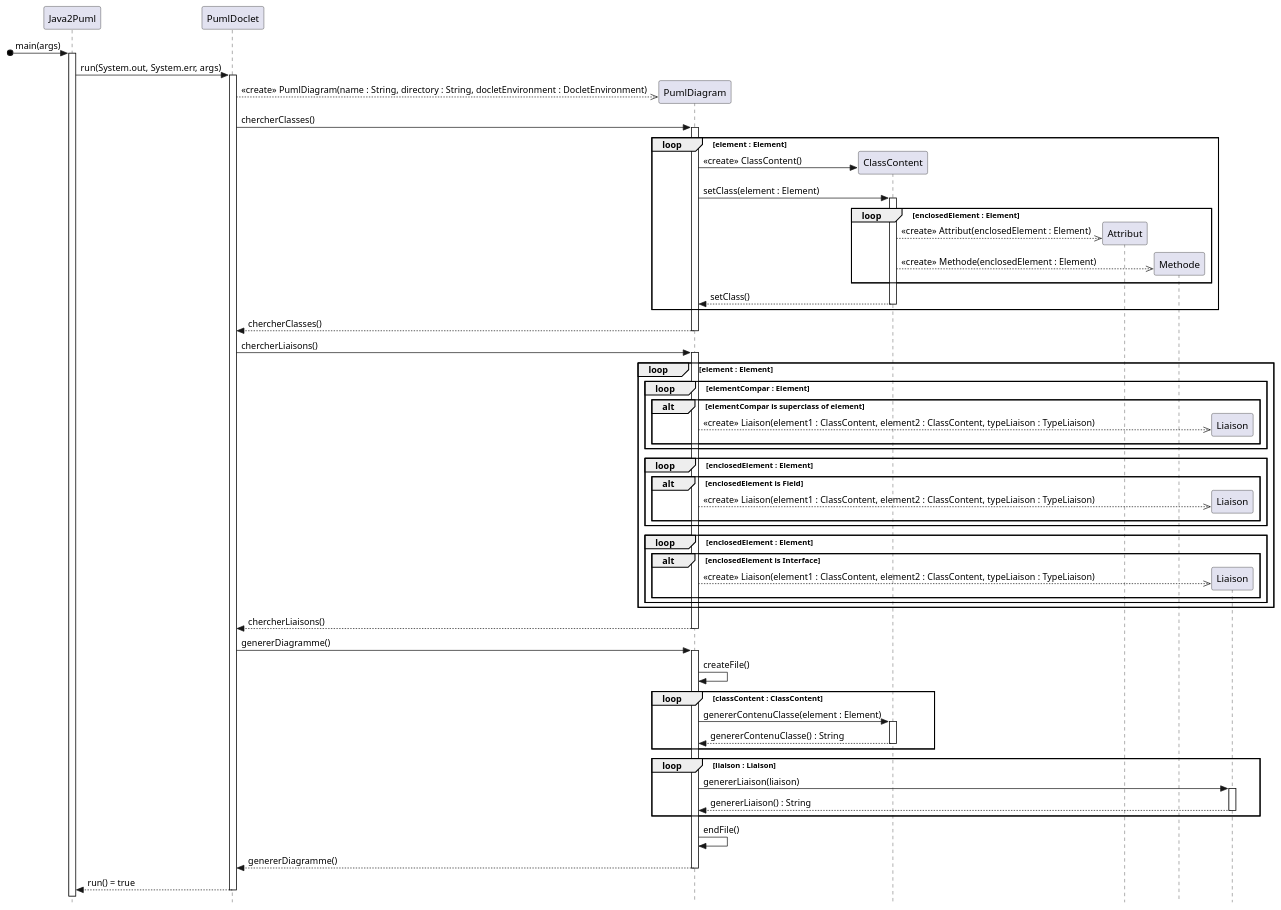
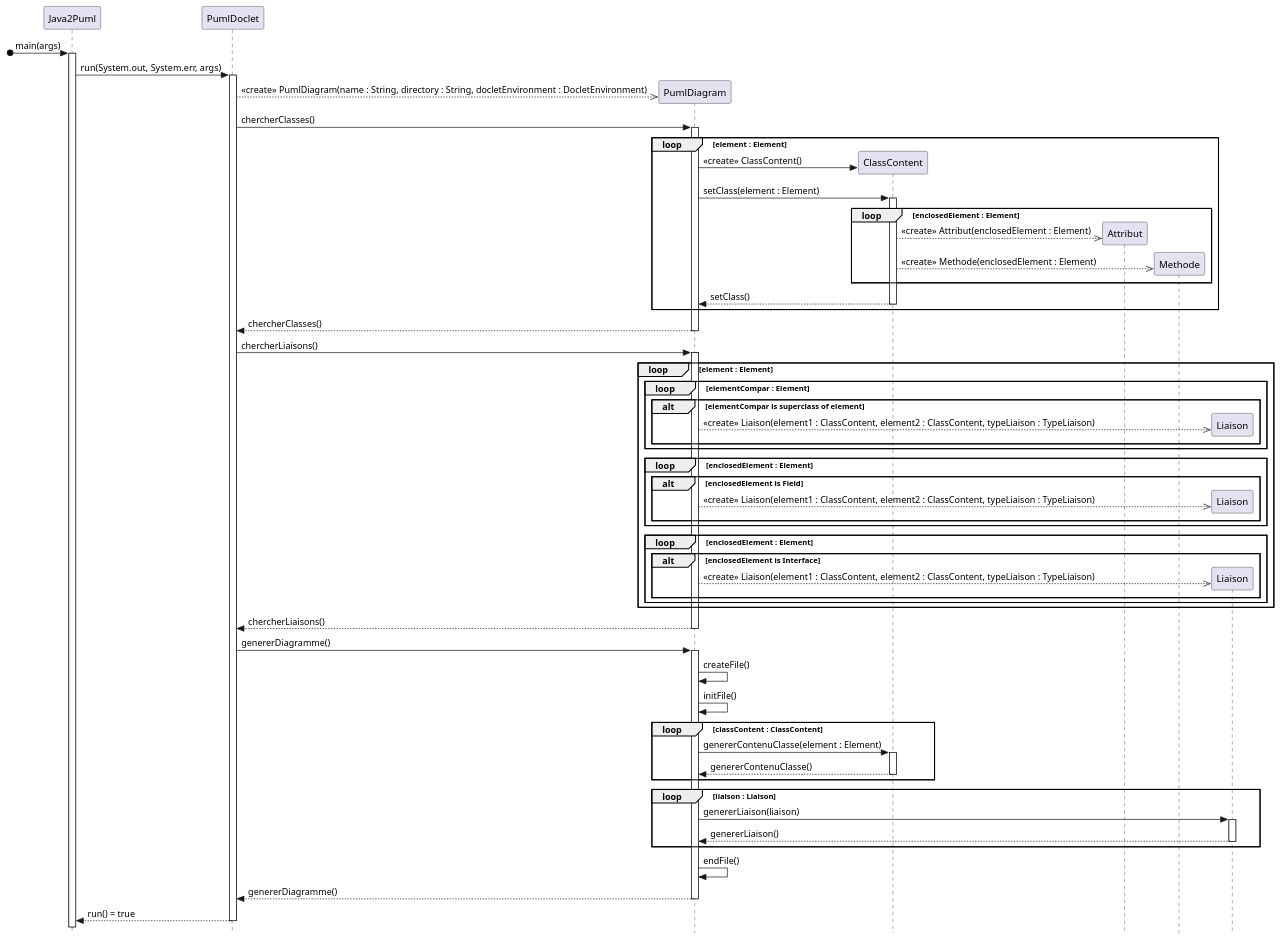
One commit to DimToups/Java-to-PUML-converter changed the diagram in uml/pumlFromJavaDS.puml. Above: the diagram before and after it, drawn with PlantUML. The commit also changed 1 other file, not shown here.

Commit message:
[Restructuration] Finalisation de la classe PumlDiagram

```diff
--- a/uml/pumlFromJavaDS.puml
+++ b/uml/pumlFromJavaDS.puml
@@ -1,63 +1,64 @@
 @startuml
 'https://plantuml.com/sequence-diagram
 skinparam style strictuml
 hide footbox
 
 participant Java2Puml
 participant PumlDoclet
 participant PumlDiagram
 participant ClassContent
 participant Attribut
 participant Methode
 participant Liaison
 
 [o-> Java2Puml ++ : main(args)
 Java2Puml -> PumlDoclet ++ : run(System.out, System.err, args)
     PumlDoclet -->> PumlDiagram ** : <<create>> PumlDiagram(name : String, directory : String, docletEnvironment : DocletEnvironment)
     PumlDoclet -> PumlDiagram ++ : chercherClasses()
         loop element : Element
             PumlDiagram -> ClassContent ** : <<create>> ClassContent()
             PumlDiagram -> ClassContent ++ : setClass(element : Element)
                 loop enclosedElement : Element
                     ClassContent -->> Attribut ** : <<create>> Attribut(enclosedElement : Element)
                     ClassContent -->> Methode ** : <<create>> Methode(enclosedElement : Element)
                 end
             return setClass()
         end
     return chercherClasses()
 
     PumlDoclet -> PumlDiagram ++ : chercherLiaisons()
         loop element : Element
             loop elementCompar : Element
                 alt elementCompar is superclass of element
                     PumlDiagram -->> Liaison ** : <<create>> Liaison(element1 : ClassContent, element2 : ClassContent, typeLiaison : TypeLiaison)
                 end
             end
             loop enclosedElement : Element
                 alt enclosedElement is Field
                     PumlDiagram -->> Liaison ** : <<create>> Liaison(element1 : ClassContent, element2 : ClassContent, typeLiaison : TypeLiaison)
                 end
             end
             loop enclosedElement : Element
                 alt enclosedElement is Interface
                     PumlDiagram -->> Liaison ** : <<create>> Liaison(element1 : ClassContent, element2 : ClassContent, typeLiaison : TypeLiaison)
                 end
             end
         end
     return chercherLiaisons()
 
     PumlDoclet -> PumlDiagram ++ : genererDiagramme()
         PumlDiagram -> PumlDiagram : createFile()
+        PumlDiagram -> PumlDiagram : initFile()
         loop classContent : ClassContent
             PumlDiagram -> ClassContent ++ : genererContenuClasse(element : Element)
-            return genererContenuClasse() : String
+            return genererContenuClasse()
         end
         loop liaison : Liaison
             PumlDiagram -> Liaison ++ : genererLiaison(liaison)
-            return genererLiaison() : String
+            return genererLiaison()
         end
         PumlDiagram -> PumlDiagram : endFile()
     return genererDiagramme()
 return run() = true
 
 @enduml
```
